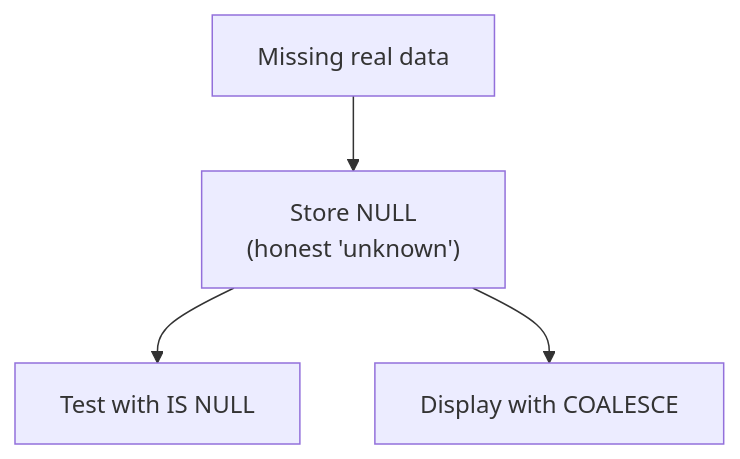
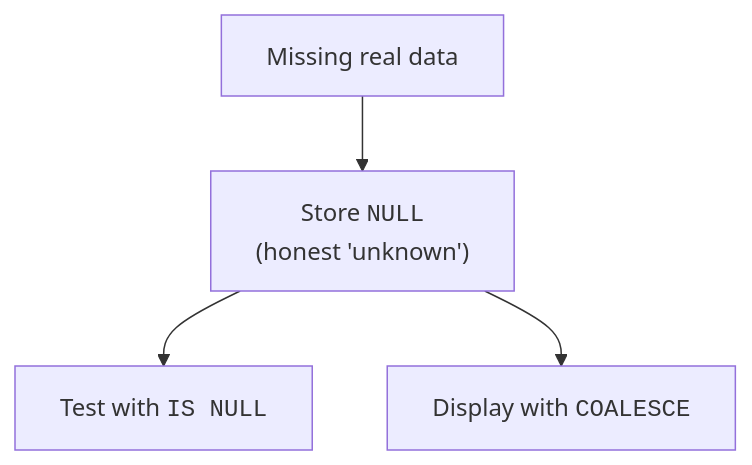
One commit to dataslope/dataslope changed the second of 2 diagrams in content/courses/intro-sql-postgres/working-with-null.mdx. Above: the diagram before and after it, drawn with Mermaid. The commit also changed other lines of this file and 283 other files, not shown here.

First line of the commit message:
Diagrams as elements, not characters: fix the box model, sweep the corpus, and make syntax breakdowns a convention (#652)

````diff
--- a/content/courses/intro-sql-postgres/working-with-null.mdx
+++ b/content/courses/intro-sql-postgres/working-with-null.mdx
@@ -193,6 +210,6 @@
 ```mermaid
 flowchart TD
-    M["Missing real data"] --> N["Store NULL<br/>(honest 'unknown')"]
-    N --> T1["Test with IS NULL"]
-    N --> T2["Display with COALESCE"]
+    M["Missing real data"] --> N["Store <code>NULL</code><br/>(honest 'unknown')"]
+    N --> T1["Test with <code>IS NULL</code>"]
+    N --> T2["Display with <code>COALESCE</code>"]
 ```
````
